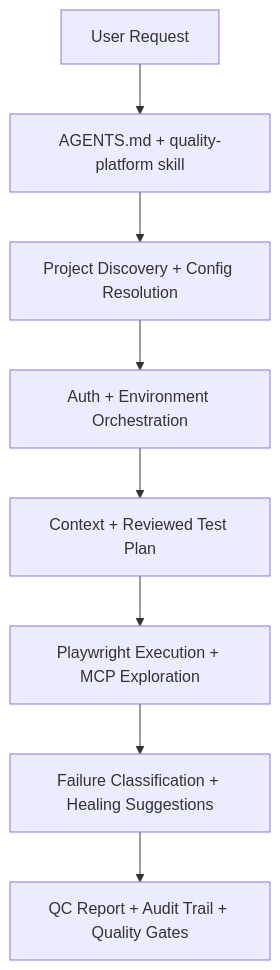
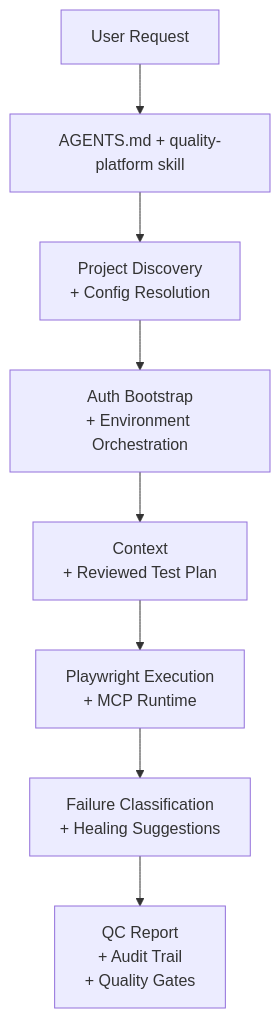
The first of 4 diagrams in README.md (Qin-BL/quality-platform), drawn with Mermaid before and after one commit. The commit also changed other lines of this file and 2 other files, not shown here.

Commit message:
Improve diagram readability

```diff
--- a/README.md
+++ b/README.md
@@ -27,10 +27,10 @@
 ::: mermaid
 graph TD
     U["User Request"] --> A["AGENTS.md + quality-platform skill"]
-    A --> D["Project Discovery + Config Resolution"]
-    D --> O["Auth + Environment Orchestration"]
-    O --> P["Context + Reviewed Test Plan"]
-    P --> X["Playwright Execution + MCP Exploration"]
-    X --> H["Failure Classification + Healing Suggestions"]
-    H --> R["QC Report + Audit Trail + Quality Gates"]
+    A --> D["Project Discovery<br/>+ Config Resolution"]
+    D --> O["Auth Bootstrap<br/>+ Environment Orchestration"]
+    O --> P["Context<br/>+ Reviewed Test Plan"]
+    P --> X["Playwright Execution<br/>+ MCP Runtime"]
+    X --> H["Failure Classification<br/>+ Healing Suggestions"]
+    H --> R["QC Report<br/>+ Audit Trail<br/>+ Quality Gates"]
 :::
```
